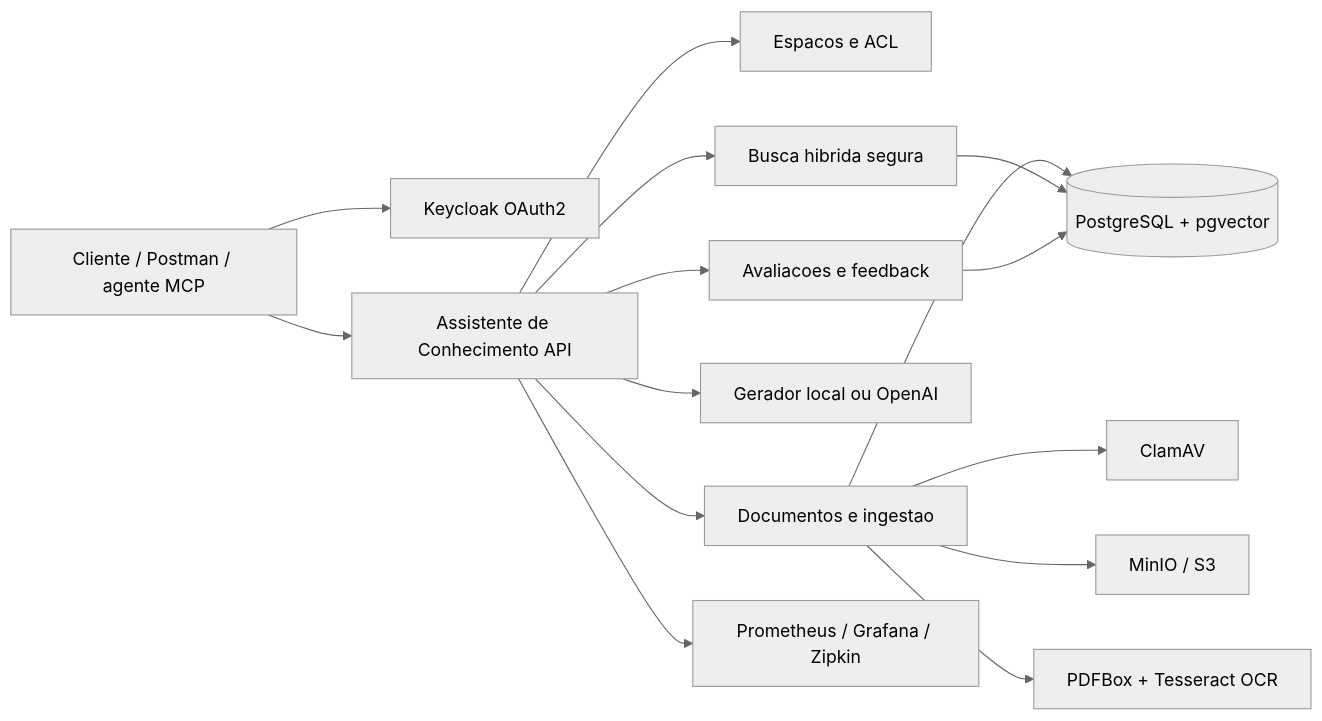
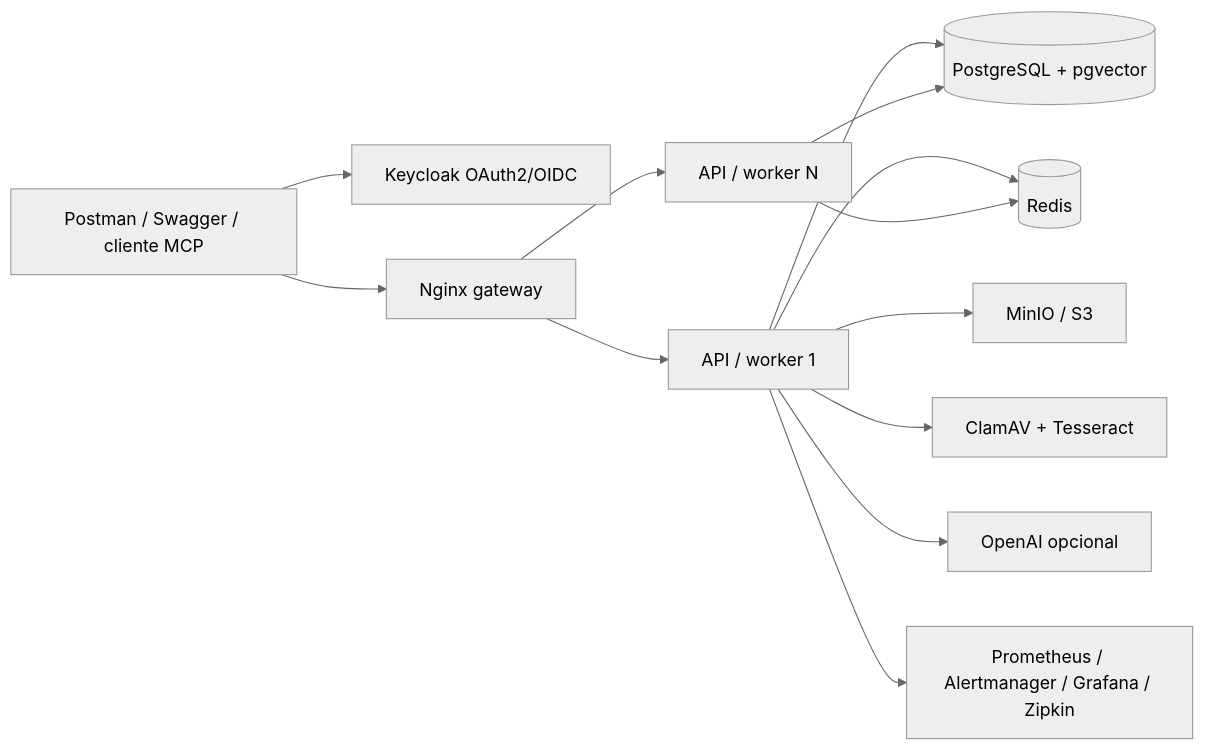
Before and after one commit to Mateusmith/assistente-conhecimento: the diagram in README.md, drawn with Mermaid (neutral theme). The commit also changed other lines of this file and 89 other files, not shown here.

````diff
--- a/README.md
+++ b/README.md
@@ -29,17 +33,15 @@
 ```mermaid
 flowchart LR
-    U["Cliente / Postman / agente MCP"] --> K["Keycloak OAuth2"]
-    U --> A["Assistente de Conhecimento API"]
-    A --> W["Espacos e ACL"]
-    A --> D["Documentos e ingestao"]
-    A --> R["Busca hibrida segura"]
-    A --> G["Gerador local ou OpenAI"]
-    A --> E["Avaliacoes e feedback"]
-    D --> P[("PostgreSQL + pgvector")]
-    D --> C["ClamAV"]
-    D --> M["MinIO / S3"]
-    D --> T["PDFBox + Tesseract OCR"]
-    R --> P
-    E --> P
-    A --> O["Prometheus / Grafana / Zipkin"]
+    U["Postman / Swagger / cliente MCP"] --> K["Keycloak OAuth2/OIDC"]
+    U --> N["Nginx gateway"]
+    N --> A1["API / worker 1"]
+    N --> A2["API / worker N"]
+    A1 --> P[("PostgreSQL + pgvector")]
+    A2 --> P
+    A1 --> R[("Redis")]
+    A2 --> R
+    A1 --> M["MinIO / S3"]
+    A1 --> C["ClamAV + Tesseract"]
+    A1 --> I["OpenAI opcional"]
+    A1 --> O["Prometheus / Alertmanager / Grafana / Zipkin"]
 ```
````
